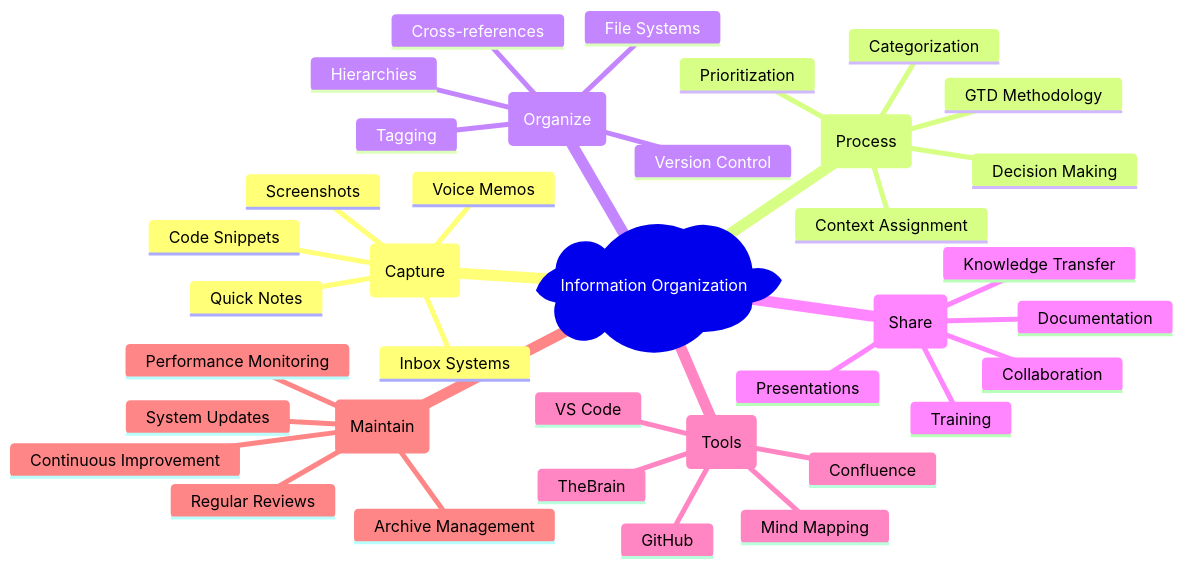
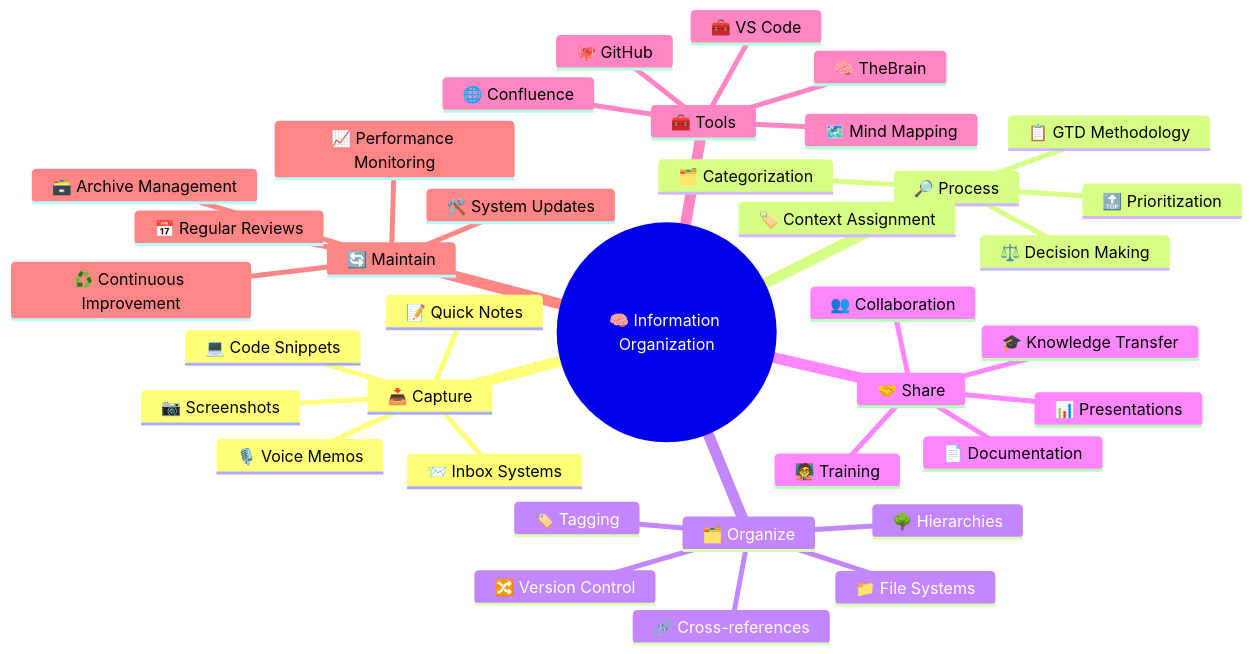
One commit to enogrob/presentation-organize-and-share-information changed the fifth of 7 diagrams in README.md. Above: the diagram before and after it, drawn with Mermaid. The commit also changed other lines of this file and 2 other files, not shown here.

````diff
--- a/README.md
+++ b/README.md
@@ -270,40 +323,40 @@
 ```mermaid
 mindmap
-  root)Information Organization(
-    (Capture)
-      Inbox Systems
-      Quick Notes
-      Voice Memos
-      Screenshots
-      Code Snippets
-    (Process)
-      GTD Methodology
-      Decision Making
-      Categorization
-      Prioritization
-      Context Assignment
-    (Organize)
-      File Systems
-      Tagging
-      Hierarchies
-      Cross-references
-      Version Control
-    (Share)
-      Documentation
-      Presentations
-      Collaboration
-      Knowledge Transfer
-      Training
-    (Tools)
-      VS Code
-      TheBrain
-      Confluence
-      GitHub
-      Mind Mapping
-    (Maintain)
-      Regular Reviews
-      System Updates
-      Archive Management
-      Performance Monitoring
-      Continuous Improvement
+  root((🧠 Information Organization))
+    📥 Capture
+      📨 Inbox Systems
+      📝 Quick Notes
+      🎙️ Voice Memos
+      📷 Screenshots
+      💻 Code Snippets
+    🔎 Process
+      📋 GTD Methodology
+      ⚖️ Decision Making
+      🗂️ Categorization
+      🔝 Prioritization
+      🏷️ Context Assignment
+    🗂️ Organize
+      📁 File Systems
+      🏷️ Tagging
+      🌳 Hierarchies
+      🔗 Cross-references
+      🔀 Version Control
+    🤝 Share
+      📄 Documentation
+      📊 Presentations
+      👥 Collaboration
+      🎓 Knowledge Transfer
+      🧑‍🏫 Training
+    🧰 Tools
+      🧰 VS Code
+      🧠 TheBrain
+      🌐 Confluence
+      🐙 GitHub
+      🗺️ Mind Mapping
+    🔄 Maintain
+      📅 Regular Reviews
+      🛠️ System Updates
+      🗃️ Archive Management
+      📈 Performance Monitoring
+      ♻️ Continuous Improvement
 ```
````
